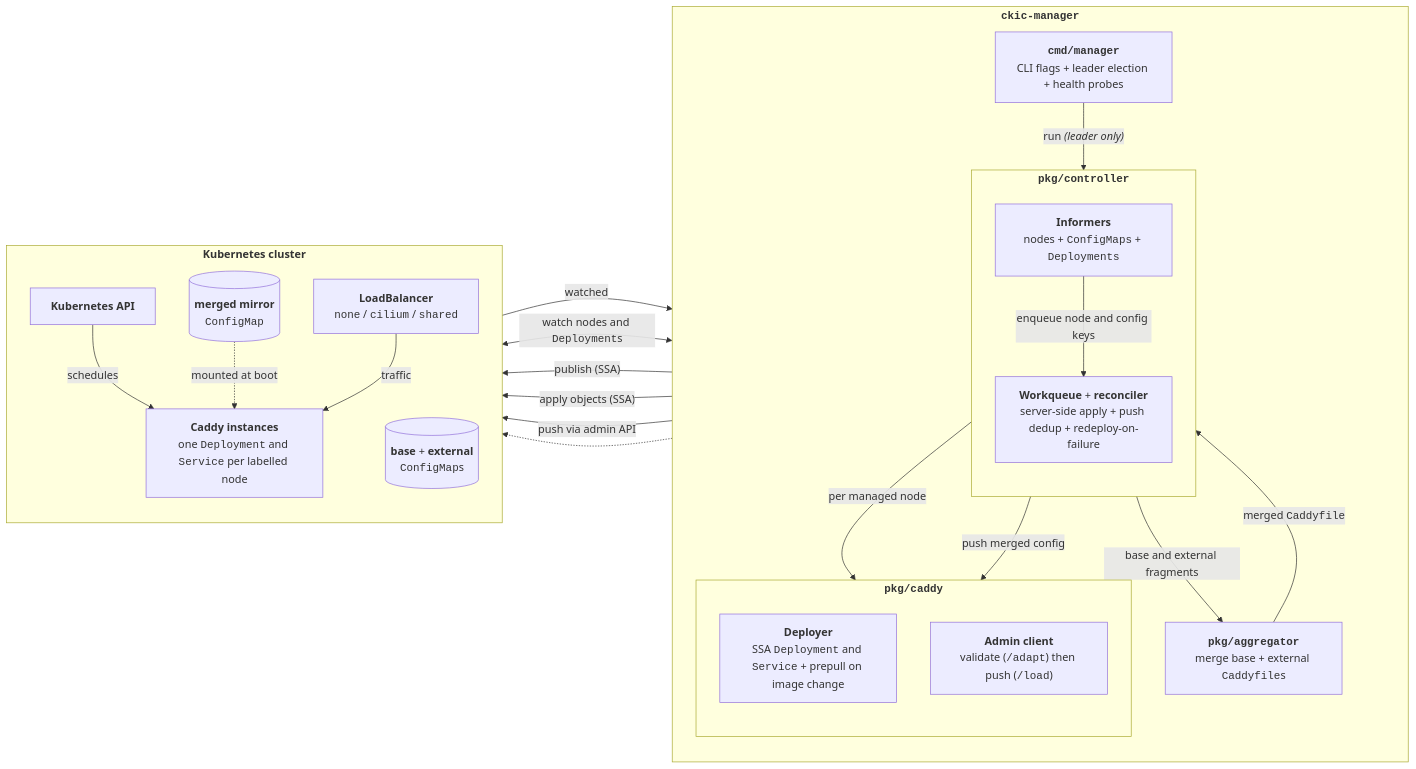
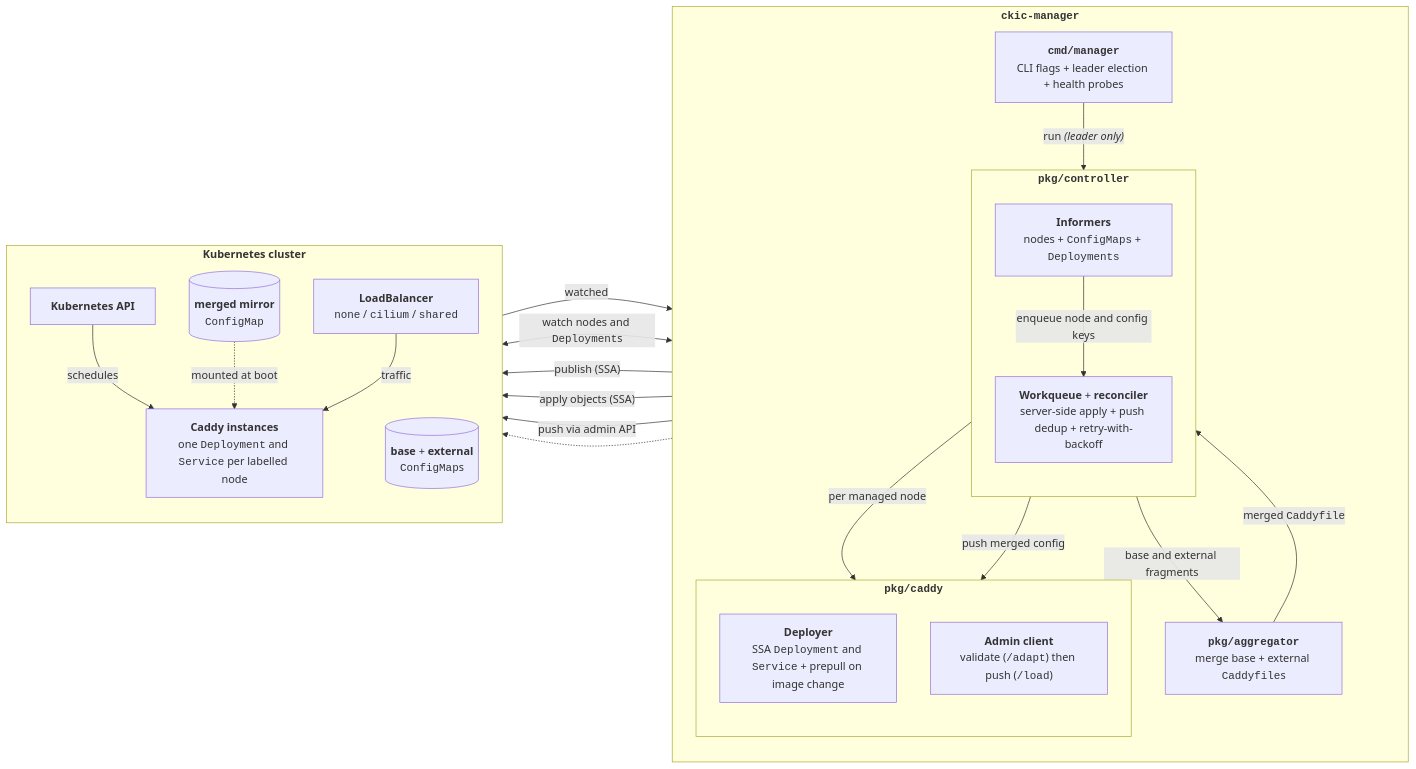
Before and after one commit to vapronva/ckic: the diagram in README.md, drawn with Mermaid. The commit also changed 12 other files, not shown here.

Commit message:
feat/fix: retry with backoff via permanent-config-error + pod-readiness gate + caddy admin probes + host-port/label validation + instance delete error join + drop lease-namespace flag + validate le timings; chore: bump deps

````diff
--- a/README.md
+++ b/README.md
@@ -7,41 +7,41 @@
 ```mermaid
 flowchart LR
     subgraph Manager["<b><code>ckic-manager</code></b>"]
         direction TB
         Entry["<b><code>cmd/manager</code></b><br/>CLI flags + leader election + health probes"]
         subgraph Ctrl["<b><code>pkg/controller</code></b>"]
             direction TB
             Informers["<b>Informers</b><br/>nodes + <code>ConfigMaps</code> + <code>Deployments</code>"]
-            Reconciler["<b>Workqueue</b> + <b>reconciler</b><br/>server-side apply + push dedup + redeploy-on-failure"]
+            Reconciler["<b>Workqueue</b> + <b>reconciler</b><br/>server-side apply + push dedup + retry-with-backoff"]
         end
         Aggregator["<b><code>pkg/aggregator</code></b><br/>merge base + external <code>Caddyfile</code>s"]
         subgraph CaddyPkg["<b><code>pkg/caddy</code></b>"]
             direction TB
             Deployer["<b>Deployer</b><br/>SSA <code>Deployment</code> and <code>Service</code> + prepull on image change"]
             Admin["<b>Admin client</b><br/>validate (<code>/adapt</code>) then push (<code>/load</code>)"]
         end
         Entry -->|"run <i>(leader only)</i>"| Reconciler
         Informers -->|"enqueue node and config keys"| Reconciler
         Informers -->|"base and external fragments"| Aggregator
         Aggregator -->|"merged <code>Caddyfile</code>"| Reconciler
         Reconciler -->|"per managed node"| Deployer
         Reconciler -->|"push merged config"| Admin
     end
     subgraph Cluster["<b>Kubernetes cluster</b>"]
         direction TB
         K8s["<b>Kubernetes API</b>"]
         ConfigMaps[("<b>base</b> + <b>external</b><br/><code>ConfigMap</code>s")]
         MirrorCM[("<b>merged mirror</b><br/><code>ConfigMap</code>")]
         Instances["<b>Caddy instances</b><br/>one <code>Deployment</code> and <code>Service</code> per labelled node"]
         LB["<b>LoadBalancer</b><br/><code>none</code> / <code>cilium</code> / <code>shared</code>"]
     end
     Informers <-->|"watch nodes and <code>Deployment</code>s"| K8s
     ConfigMaps -->|"watched"| Informers
     Aggregator -->|"publish (SSA)"| MirrorCM
     Deployer -->|"apply objects (SSA)"| K8s
     K8s -->|"schedules"| Instances
     MirrorCM -.->|"mounted at boot"| Instances
     Admin -->|"push via admin API"| Instances
     Deployer -.-> LB
     LB -->|"traffic"| Instances
 ```
````
